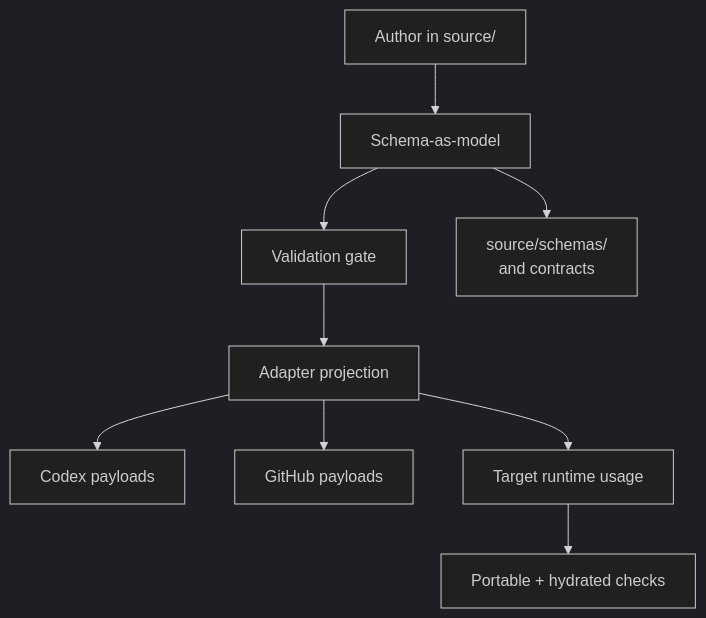
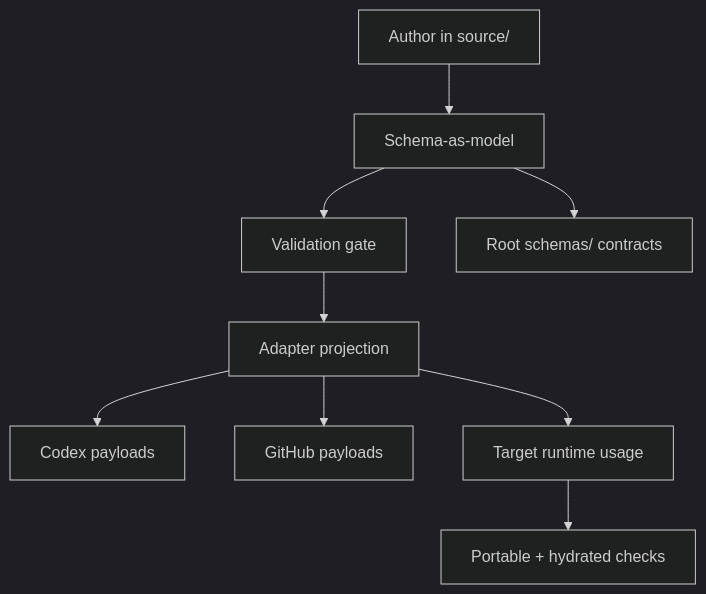
Before and after one commit to amichne/intelligence: the diagram in docs/how-it-works/source-graph.md, drawn with Mermaid (dark theme). The commit also changed other lines of this file and 47 other files, not shown here.

First line of the commit message:
Add portable marketplace operator flows (#17)

````diff
--- a/docs/how-it-works/source-graph.md
+++ b/docs/how-it-works/source-graph.md
@@ -48,13 +50,12 @@
 ```mermaid
 flowchart TD
   Author[Author in source/] --> Schema[Schema-as-model]
   Schema --> Validate[Validation gate]
   Validate --> Build[Adapter projection]
   Build --> Codex[Codex payloads]
   Build --> Github[GitHub payloads]
   Build --> Runtime[Target runtime usage]
   Runtime --> Verify[Portable + hydrated checks]
 
-  Schema --> SchemaFile[source/schemas/
-and contracts]
+  Schema --> SchemaFile[Root schemas/ contracts]
 ```
````
